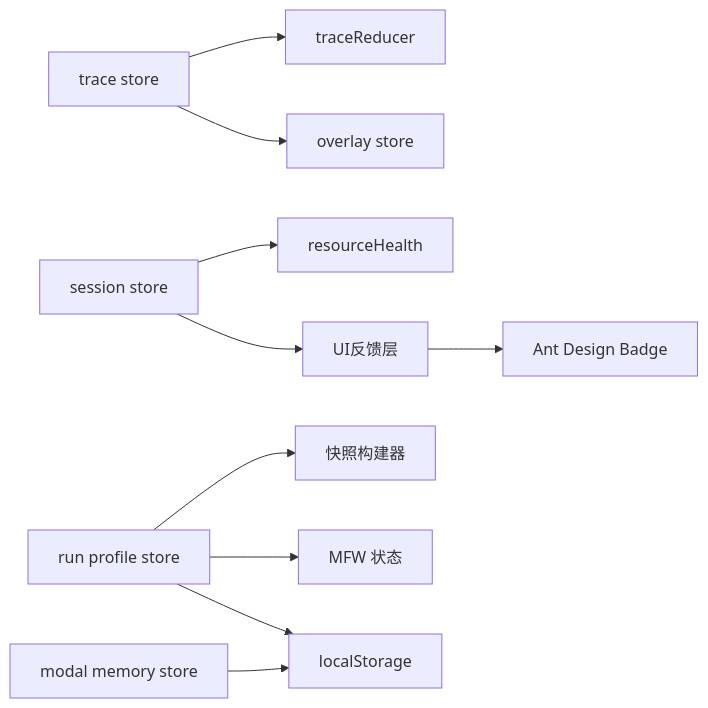
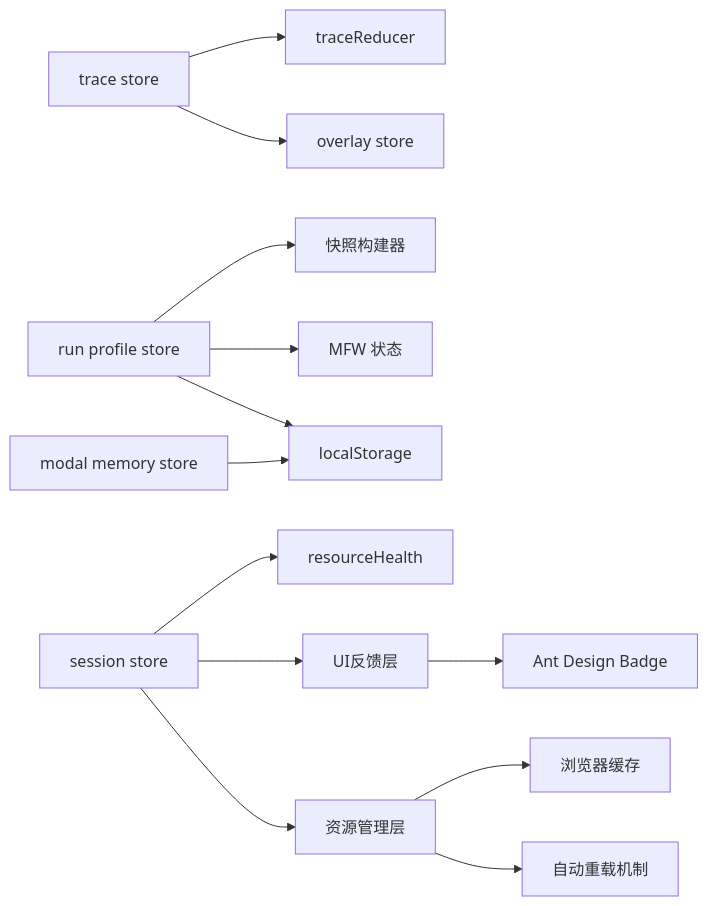
The ninth of 9 diagrams in .qoder/repowiki/zh/content/前端架构/状态管理系统/调试状态管理.md (kqcoxn/MaaPipelineEditor), drawn with Mermaid before and after one commit. The commit also changed other lines of this file and 25 other files, not shown here.

````diff
--- a/.qoder/repowiki/zh/content/前端架构/状态管理系统/调试状态管理.md
+++ b/.qoder/repowiki/zh/content/前端架构/状态管理系统/调试状态管理.md
@@ -541,12 +414,15 @@
 ```mermaid
 graph LR
 Trace["trace store"] --> Reducer["traceReducer"]
 Session["session store"] --> Health["resourceHealth"]
 Trace --> Overlay["overlay store"]
 RunProfile["run profile store"] --> Snapshot["快照构建器"]
 RunProfile --> MFW["MFW 状态"]
 ModalMem["modal memory store"] --> LS["localStorage"]
 RunProfile --> LS
 Session --> UI["UI反馈层"]
 UI --> Badge["Ant Design Badge"]
+Session --> ResMgr["资源管理层"]
+ResMgr --> Cache["浏览器缓存"]
+ResMgr --> Reload["自动重载机制"]
 ```
````
